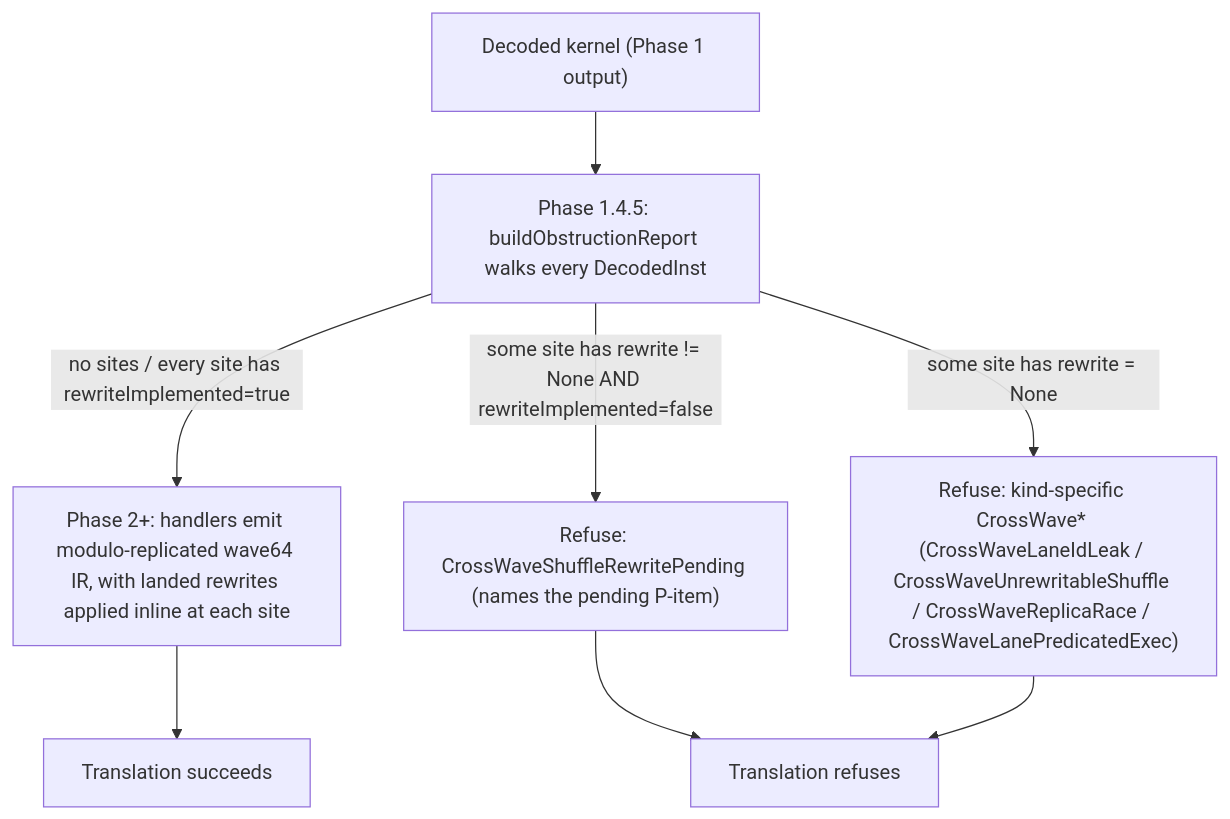
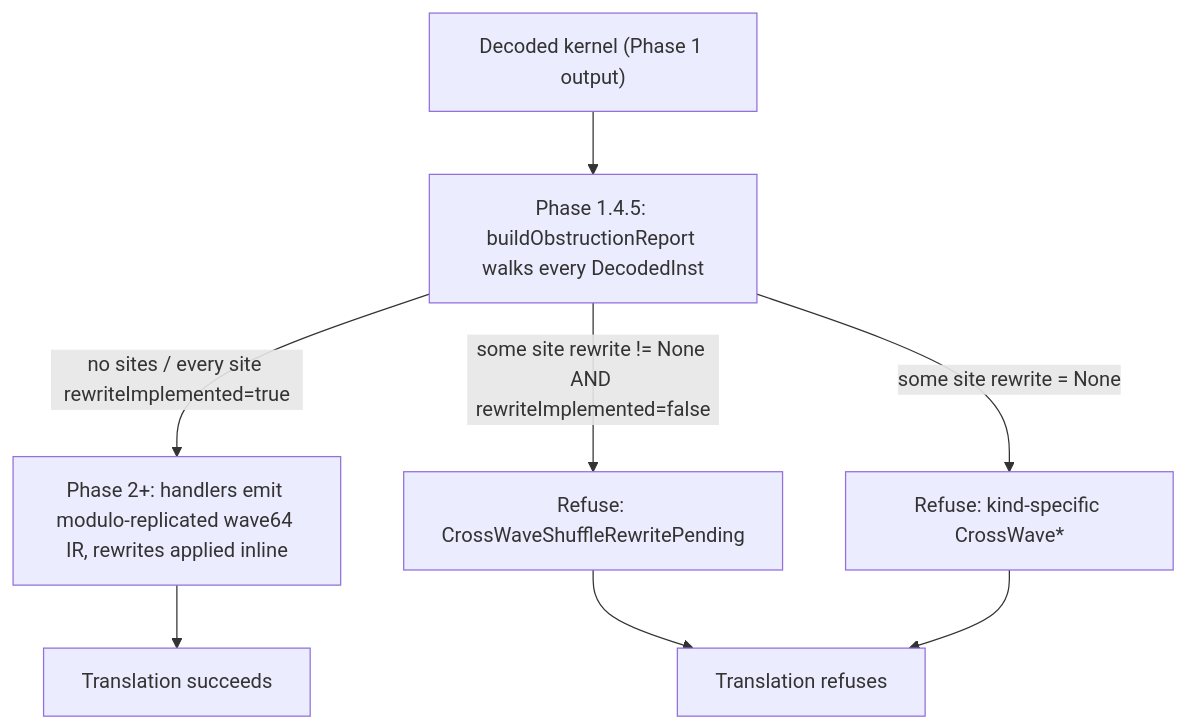
One commit to ROCm/rocm-systems changed the diagram in projects/rocr-runtime/runtime/hsa-runtime/hotswap/docs/wave-size-translation.md. Above: the diagram before and after it, drawn with Mermaid. The commit also changed other lines of this file, not shown here.

First line of the commit message:
hotswap/docs: tighten wave-size-translation.md

````diff
--- a/projects/rocr-runtime/runtime/hsa-runtime/hotswap/docs/wave-size-translation.md
+++ b/projects/rocr-runtime/runtime/hsa-runtime/hotswap/docs/wave-size-translation.md
@@ -593,10 +489,10 @@
 ```mermaid
 flowchart TD
     decoded["Decoded kernel (Phase 1 output)"] --> analyse["Phase 1.4.5: buildObstructionReport walks every DecodedInst"]
-    analyse -->|no sites / every site has rewriteImplemented=true| emit["Phase 2+: handlers emit modulo-replicated wave64 IR, with landed rewrites applied inline at each site"]
-    analyse -->|some site has rewrite != None AND rewriteImplemented=false| pending["Refuse: CrossWaveShuffleRewritePending (names the pending P-item)"]
-    analyse -->|some site has rewrite = None| unrewritable["Refuse: kind-specific CrossWave* (CrossWaveLaneIdLeak / CrossWaveUnrewritableShuffle / CrossWaveReplicaRace / CrossWaveLanePredicatedExec)"]
+    analyse -->|no sites / every site rewriteImplemented=true| emit["Phase 2+: handlers emit modulo-replicated wave64 IR, rewrites applied inline"]
+    analyse -->|some site rewrite != None AND rewriteImplemented=false| pending["Refuse: CrossWaveShuffleRewritePending"]
+    analyse -->|some site rewrite = None| unrewritable["Refuse: kind-specific CrossWave*"]
     emit --> done["Translation succeeds"]
     pending --> stop["Translation refuses"]
     unrewritable --> stop
 ```
````
